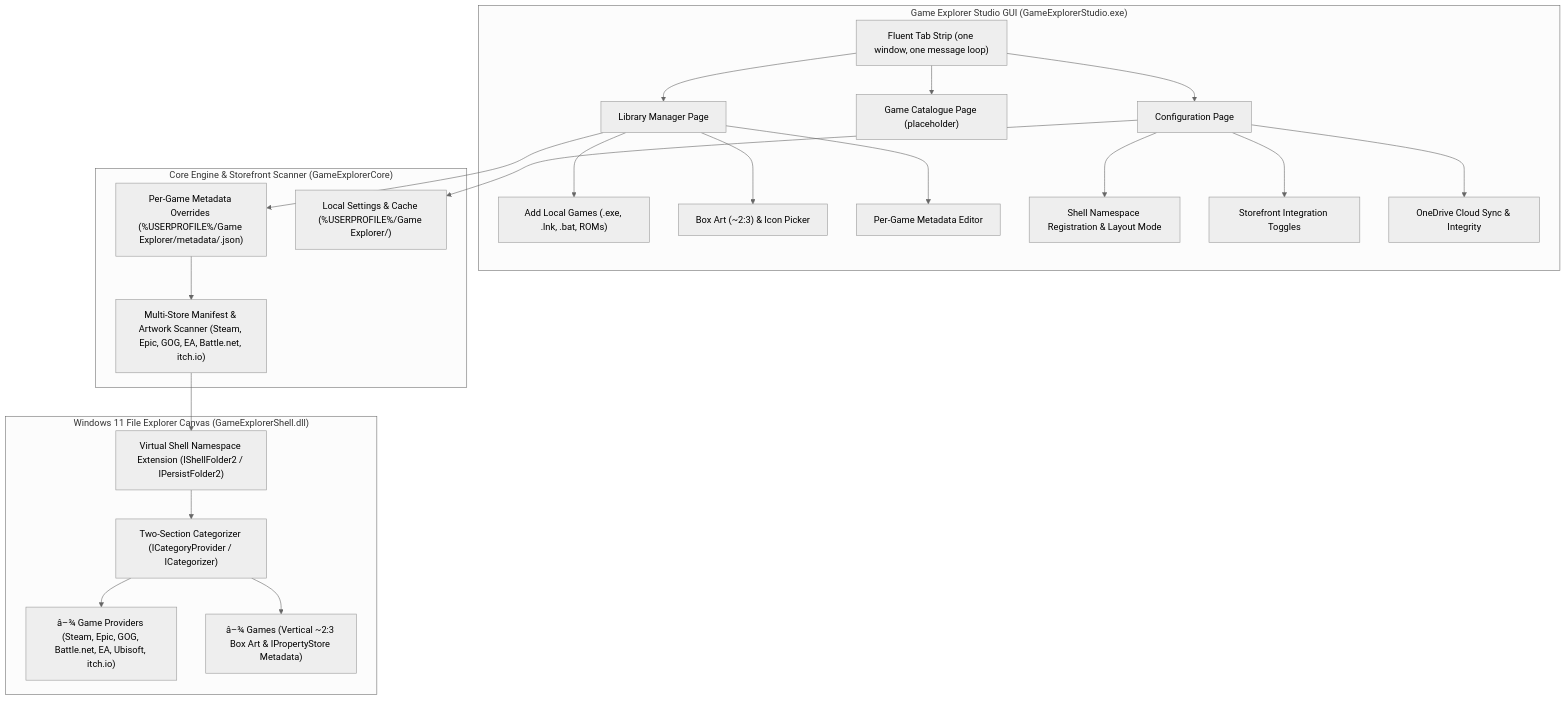
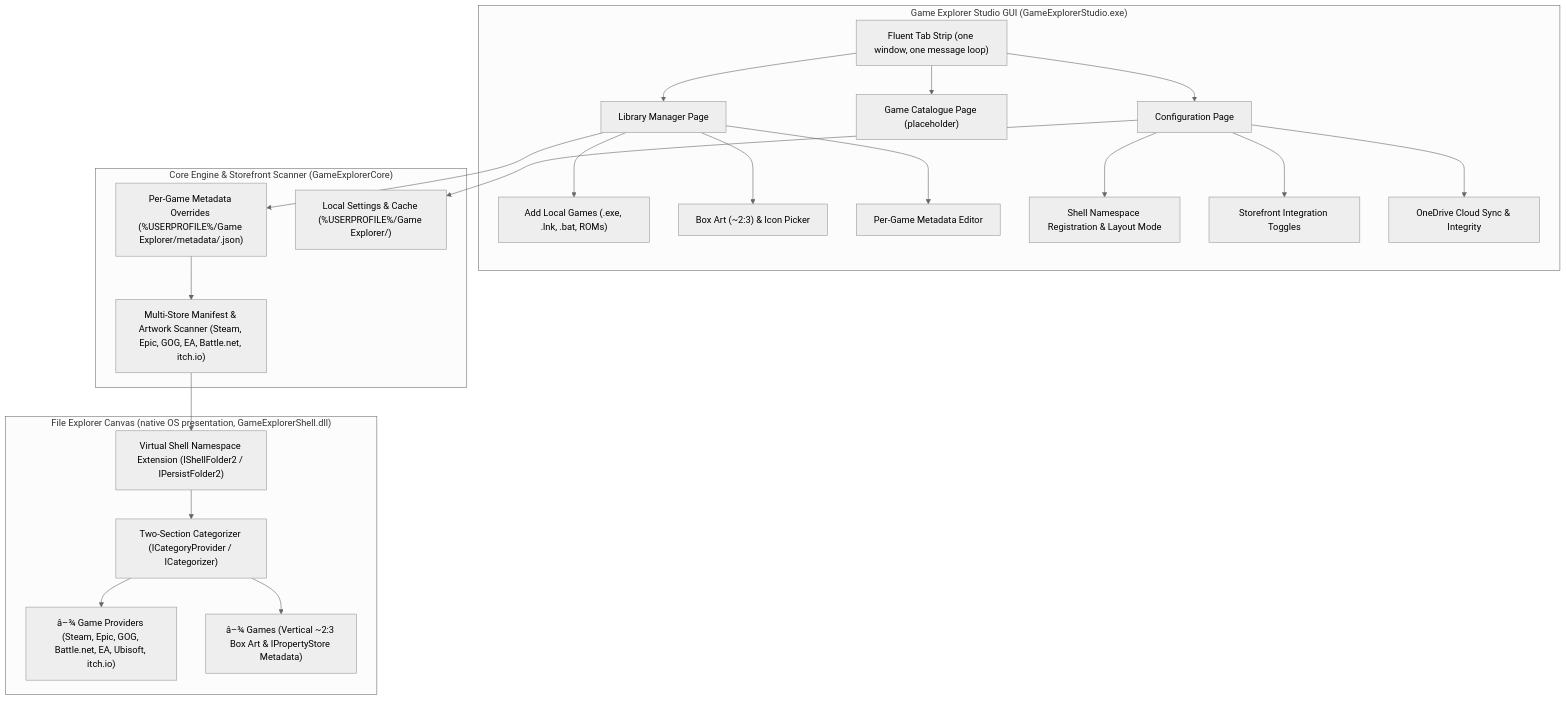
The diagram in .agents/skills/architecture.md (HELIX-Origin/windows-game-explorer), drawn with Mermaid (neutral theme) before and after one commit. The commit also changed other lines of this file and 35 other files, not shown here.

Commit message:
feat(m18-m19): explorer watcher/loader, preload worker optimization, Windows 10/11 compatibility

````diff
--- a/.agents/skills/architecture.md
+++ b/.agents/skills/architecture.md
@@ -12,45 +12,45 @@
 ```mermaid
 flowchart TD
-    subgraph Explorer["Windows 11 File Explorer Canvas (GameExplorerShell.dll)"]
+    subgraph Explorer["File Explorer Canvas (native OS presentation, GameExplorerShell.dll)"]
         NSE["Virtual Shell Namespace Extension (IShellFolder2 / IPersistFolder2)"]
         Cat["Two-Section Categorizer (ICategoryProvider / ICategorizer)"]
         Sec1["â–¾ Game Providers (Steam, Epic, GOG, Battle.net, EA, Ubisoft, itch.io)"]
         Sec2["â–¾ Games (Vertical ~2:3 Box Art & IPropertyStore Metadata)"]
     end
 
     subgraph StudioApp["Game Explorer Studio GUI (GameExplorerStudio.exe)"]
         TabStrip["Fluent Tab Strip (one window, one message loop)"]
         Manager["Library Manager Page"]
         LocalAdd["Add Local Games (.exe, .lnk, .bat, ROMs)"]
         ArtPicker["Box Art (~2:3) & Icon Picker"]
         MetaEditor["Per-Game Metadata Editor"]
         Catalogue["Game Catalogue Page (placeholder)"]
         Win32Config["Configuration Page"]
         ShellToggle["Shell Namespace Registration & Layout Mode"]
         StoreToggle["Storefront Integration Toggles"]
         CloudSettings["OneDrive Cloud Sync & Integrity"]
         TabStrip --> Manager
         TabStrip --> Catalogue
         TabStrip --> Win32Config
         Manager --> LocalAdd
         Manager --> ArtPicker
         Manager --> MetaEditor
         Win32Config --> ShellToggle
         Win32Config --> StoreToggle
         Win32Config --> CloudSettings
     end
 
     subgraph CoreEngine["Core Engine & Storefront Scanner (GameExplorerCore)"]
         Scanner["Multi-Store Manifest & Artwork Scanner (Steam, Epic, GOG, EA, Battle.net, itch.io)"]
         MetaJSON["Per-Game Metadata Overrides (%USERPROFILE%/Game Explorer/metadata/<appId>.json)"]
         DB["Local Settings & Cache (%USERPROFILE%/Game Explorer/)"]
     end
 
     Scanner --> NSE
     MetaJSON --> Scanner
     Manager --> MetaJSON
     Win32Config --> DB
     NSE --> Cat
     Cat --> Sec1
     Cat --> Sec2
 ```
````
